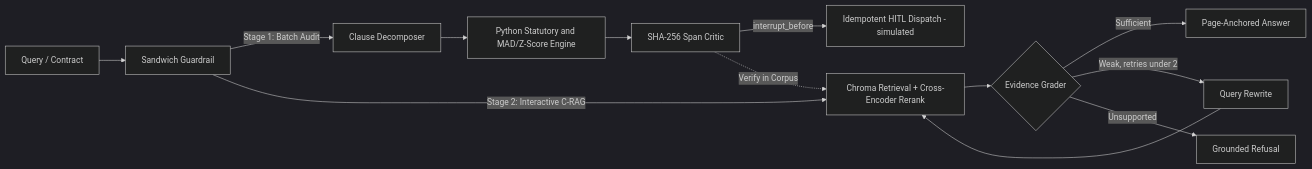
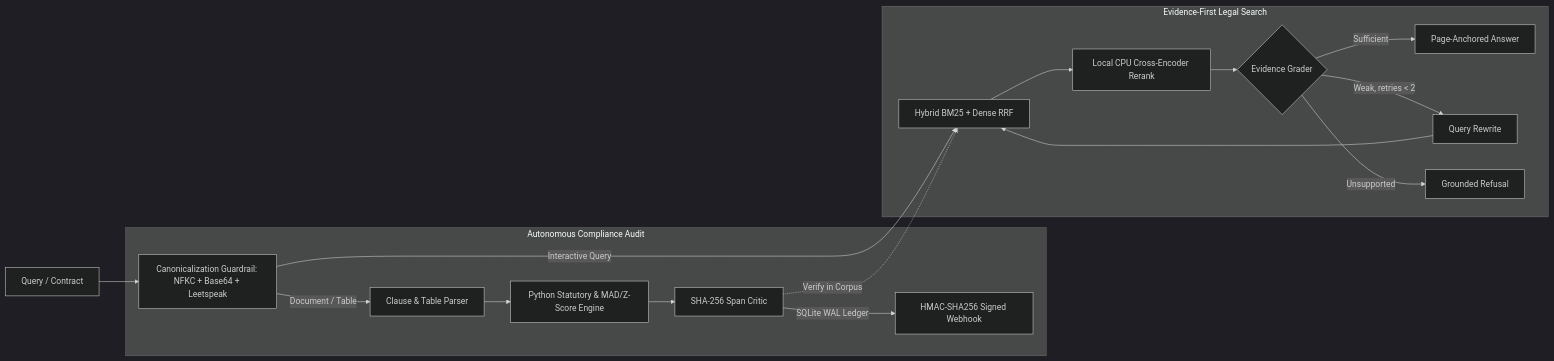
Before and after one commit to amshutha07-cmd/VeriDoc: the diagram in README.md, drawn with Mermaid (dark theme). The commit also changed other lines of this file and 6 other files, not shown here.

Commit message:
feat: complete production upgrades — hybrid BM25-RRF retrieval, NFKC/Base64 guardrails, and SQLite WAL audit ledger

````diff
--- a/README.md
+++ b/README.md
@@ -13,15 +15,21 @@
 ```mermaid
 flowchart LR
-    DOC[Query / Contract] --> IG[Sandwich Guardrail]
-    IG -->|Stage 1: Batch Audit| DEC[Clause Decomposer]
-    DEC --> DET[Python Statutory and MAD/Z-Score Engine]
-    DET --> CRIT[SHA-256 Span Critic]
-    CRIT -->|interrupt_before| HITL[Idempotent HITL Dispatch - simulated]
+    DOC[Query / Contract] --> IG[Canonicalization Guardrail: NFKC + Base64 + Leetspeak]
+    
+    subgraph AuditEngine[Autonomous Compliance Audit]
+        IG -->|Document / Table| DEC[Clause & Table Parser]
+        DEC --> DET[Python Statutory & MAD/Z-Score Engine]
+        DET --> CRIT[SHA-256 Span Critic]
+        CRIT -->|SQLite WAL Ledger| HITL[HMAC-SHA256 Signed Webhook]
+    end
 
-    IG -->|Stage 2: Interactive C-RAG| R[Chroma Retrieval + Cross-Encoder Rerank]
-    CRIT -.->|Verify in Corpus| R
-    R --> G{Evidence Grader}
-    G -->|Sufficient| GEN[Page-Anchored Answer]
-    G -->|Weak, retries under 2| RW[Query Rewrite] --> R
-    G -->|Unsupported| REF[Grounded Refusal]
+    subgraph SearchEngine[Evidence-First Legal Search]
+        IG -->|Interactive Query| HYB[Hybrid BM25 + Dense RRF]
+        CRIT -.->|Verify in Corpus| HYB
+        HYB --> RR[Local CPU Cross-Encoder Rerank]
+        RR --> G{Evidence Grader}
+        G -->|Sufficient| GEN[Page-Anchored Answer]
+        G -->|Weak, retries < 2| RW[Query Rewrite] --> HYB
+        G -->|Unsupported| REF[Grounded Refusal]
+    end
 ```
````
